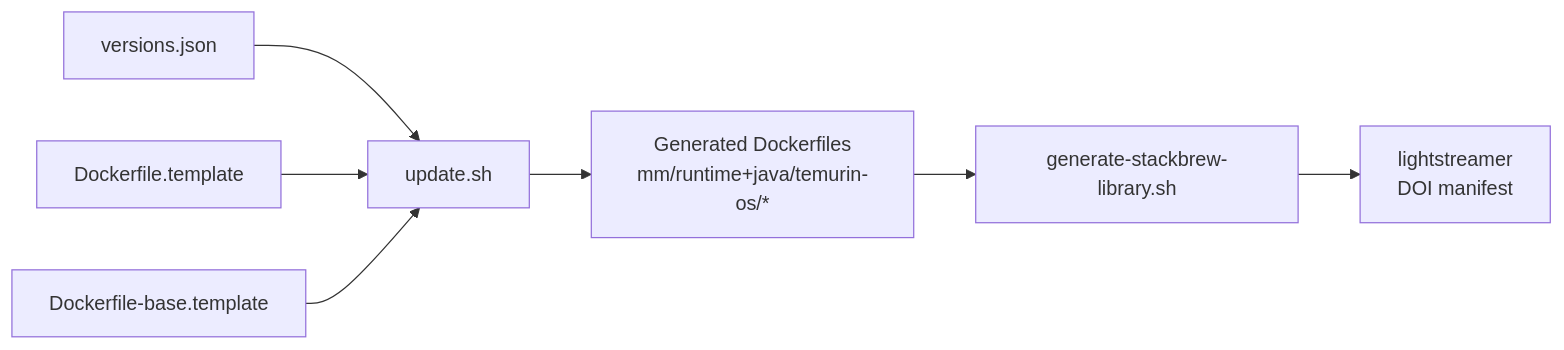
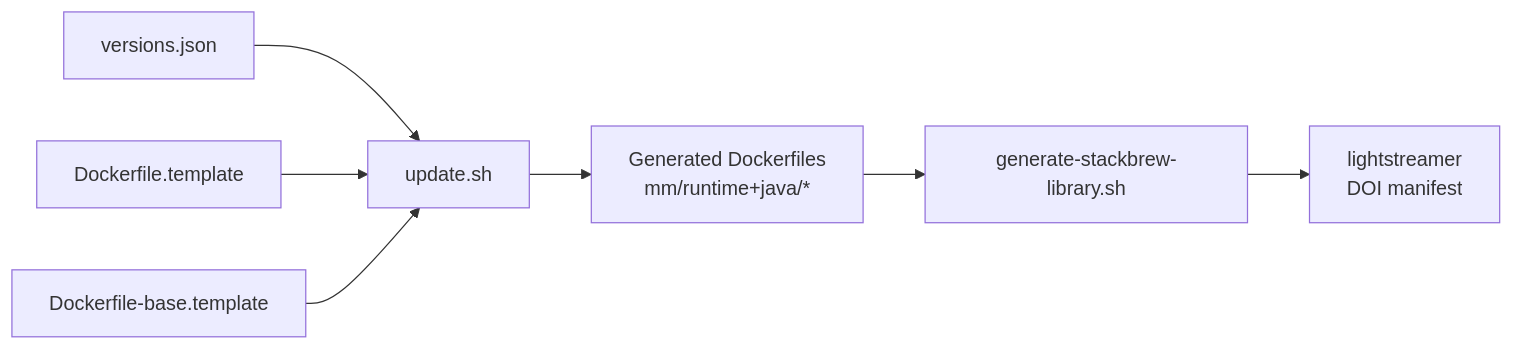
The diagram in docs/making-changes.md (Lightstreamer/Docker), drawn with Mermaid before and after one commit. The commit also changed other lines of this file, not shown here.

````diff
--- a/docs/making-changes.md
+++ b/docs/making-changes.md
@@ -30,9 +30,9 @@
 ```mermaid
 flowchart LR
     A[versions.json] --> U[update.sh]
     T1[Dockerfile.template] --> U
     T2[Dockerfile-base.template] --> U
-    U --> D[Generated Dockerfiles<br/>mm/runtime+java/temurin-os/*]
+    U --> D[Generated Dockerfiles<br/>mm/runtime+java/*]
     D --> G[generate-stackbrew-library.sh]
     G --> L[lightstreamer<br/>DOI manifest]
 ```
````
